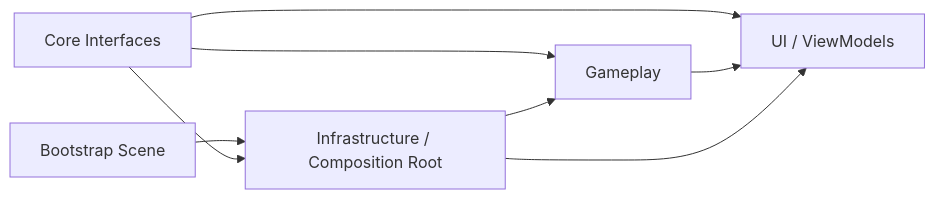
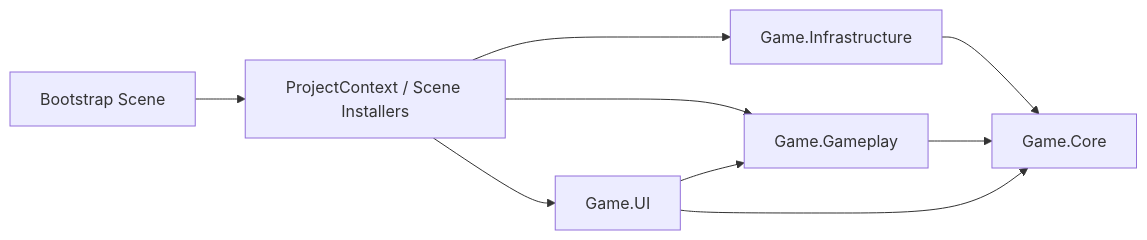
Before and after one commit to TokarevDev/2D_Asteroids_Survival: the diagram in README.md, drawn with Mermaid. The commit also changed other lines of this file, not shown here.

Commit message:
docs: update project README

````diff
--- a/README.md
+++ b/README.md
@@ -31,10 +33,11 @@
 ```mermaid
 flowchart LR
-    Bootstrap[Bootstrap Scene] --> Infrastructure[Infrastructure / Composition Root]
-    Core[Core Interfaces] --> Infrastructure
-    Core --> Gameplay[Gameplay]
-    Infrastructure --> Gameplay
-    Core --> UI[UI / ViewModels]
-    Gameplay --> UI
-    Infrastructure --> UI
+    Bootstrap["Bootstrap Scene"] --> CompositionRoot["ProjectContext / Scene Installers"]
+    CompositionRoot --> Infrastructure["Game.Infrastructure"]
+    CompositionRoot --> Gameplay["Game.Gameplay"]
+    CompositionRoot --> UI["Game.UI"]
+    Infrastructure --> Core["Game.Core"]
+    Gameplay --> Core
+    UI --> Core
+    UI --> Gameplay
 ```
````
